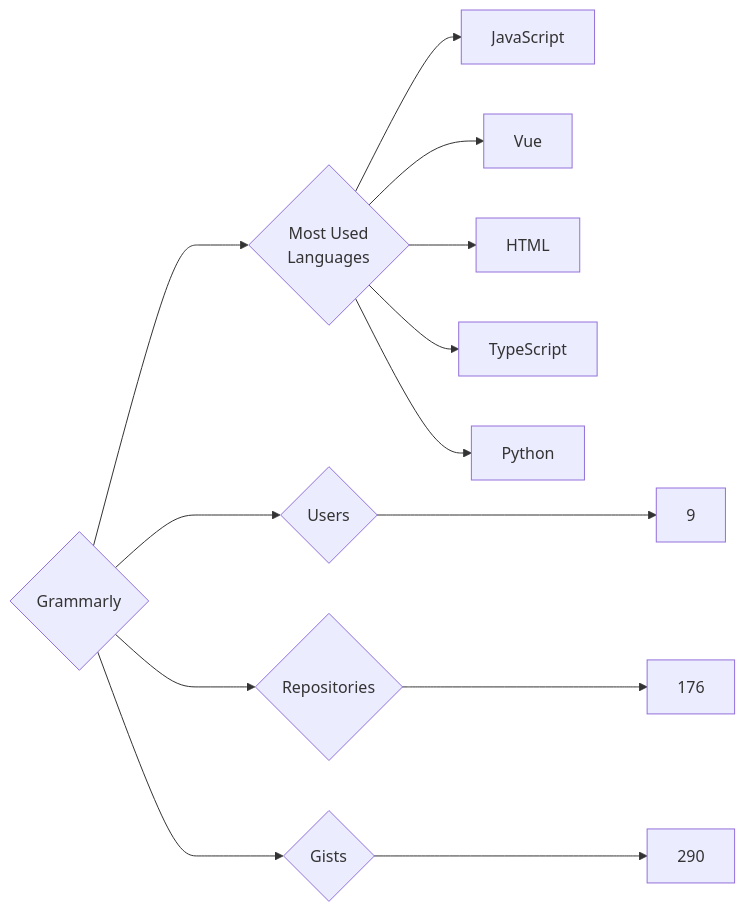
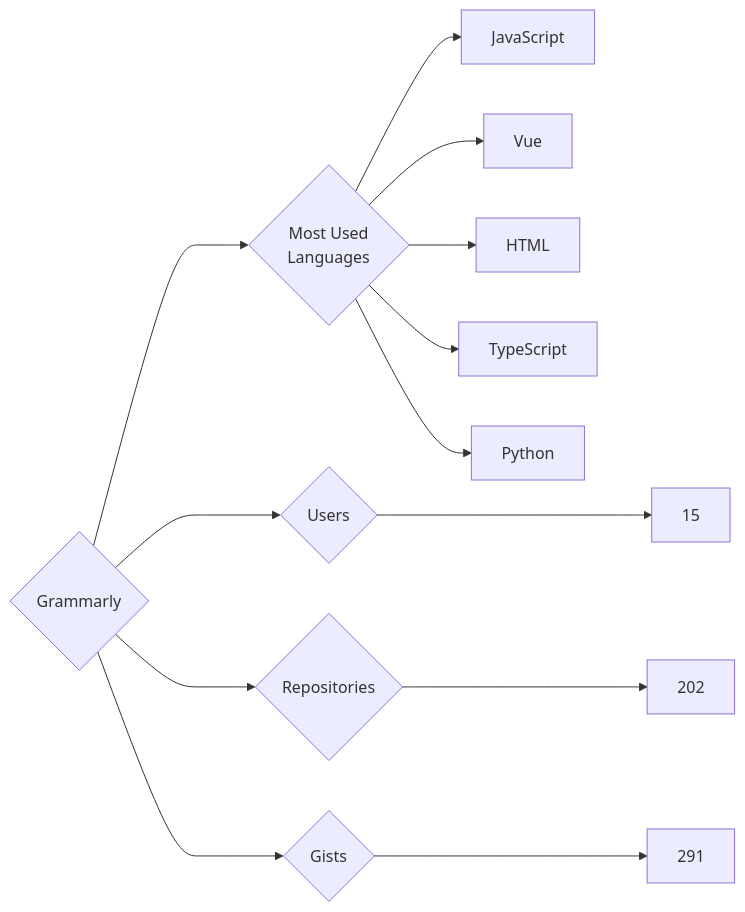
One commit to trickest/insiders changed the diagram in targets/Grammarly/README.md. Above: the diagram before and after it, drawn with Mermaid. The commit also changed 553 other files, not shown here.

````diff
--- a/targets/Grammarly/README.md
+++ b/targets/Grammarly/README.md
@@ -3,13 +3,13 @@
 ```mermaid
 graph LR
 COMPANY_NAME{Grammarly}
-COMPANY_NAME ---> U{Users} ---> UN[9]
-COMPANY_NAME ---> R{Repositories} ---> RN[176]
-COMPANY_NAME ---> G{Gists} ---> GN[290]
+COMPANY_NAME ---> U{Users} ---> UN[15]
+COMPANY_NAME ---> R{Repositories} ---> RN[202]
+COMPANY_NAME ---> G{Gists} ---> GN[291]
 COMPANY_NAME ---> ML{Most Used<br>Languages}
 ML --> JavaScript[JavaScript]
 ML --> Vue[Vue]
 ML --> HTML[HTML]
 ML --> TypeScript[TypeScript]
 ML --> Python[Python]
 ```
````
